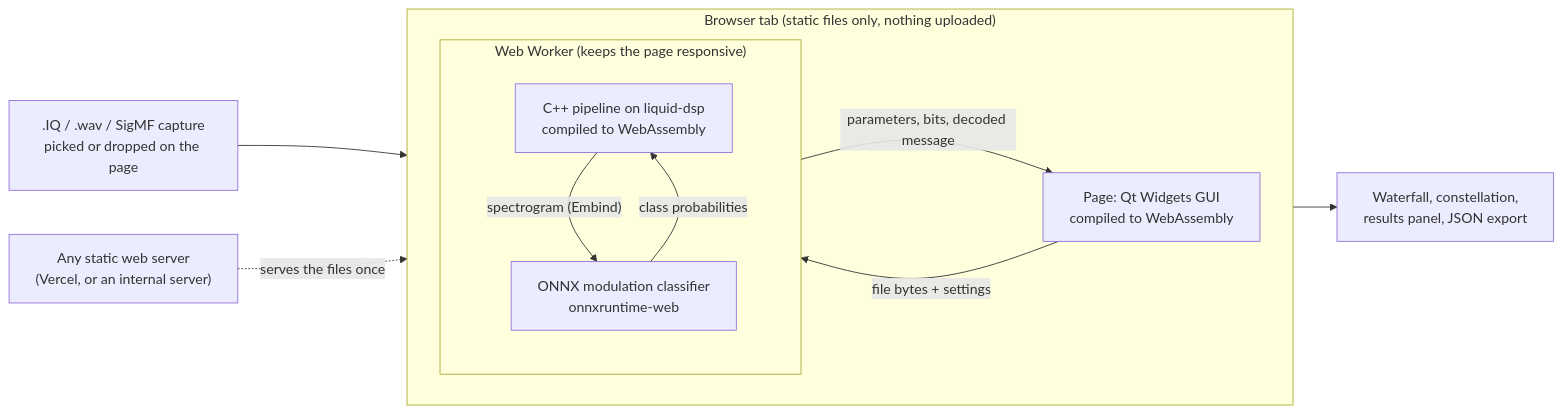
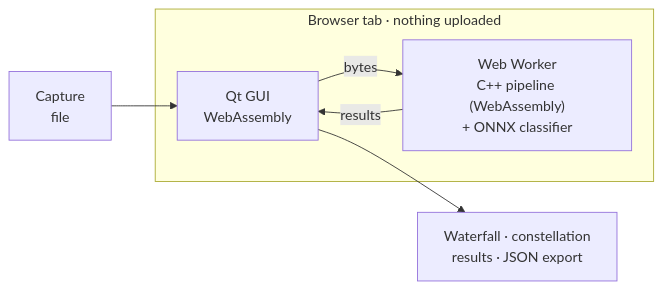
One commit to atif09/sig-1 changed the third of 3 diagrams in README.md. Above: the diagram before and after it, drawn with Mermaid. The commit also changed other lines of this file, not shown here.

````diff
--- a/README.md
+++ b/README.md
@@ -87,21 +75,9 @@
 ```mermaid
 flowchart LR
-    F[".IQ / .wav / SigMF capture<br/>picked or dropped on the page"] --> P
-
-    subgraph B["Browser tab (static files only, nothing uploaded)"]
-        direction LR
-        P["Page: Qt Widgets GUI<br/>compiled to WebAssembly"]
-        subgraph W["Web Worker (keeps the page responsive)"]
-            direction TB
-            C["C++ pipeline on liquid-dsp<br/>compiled to WebAssembly"]
-            M["ONNX modulation classifier<br/>onnxruntime-web"]
-            C -- "spectrogram (Embind)" --> M
-            M -- "class probabilities" --> C
-        end
-        P -- "file bytes + settings" --> C
-        C -- "parameters, bits, decoded message" --> P
+    F["Capture<br/>file"] --> P
+    subgraph B["Browser tab · nothing uploaded"]
+        P["Qt GUI<br/>WebAssembly"] -- "bytes" --> W["Web Worker<br/>C++ pipeline (WebAssembly)<br/>+ ONNX classifier"]
+        W -- "results" --> P
     end
-
-    P --> V["Waterfall, constellation,<br/>results panel, JSON export"]
-    H["Any static web server<br/>(Vercel, or an internal server)"] -. "serves the files once" .-> B
+    P --> O["Waterfall · constellation<br/>results · JSON export"]
 ```
````
